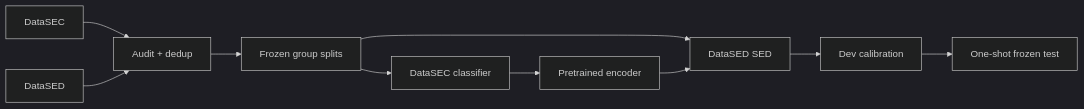
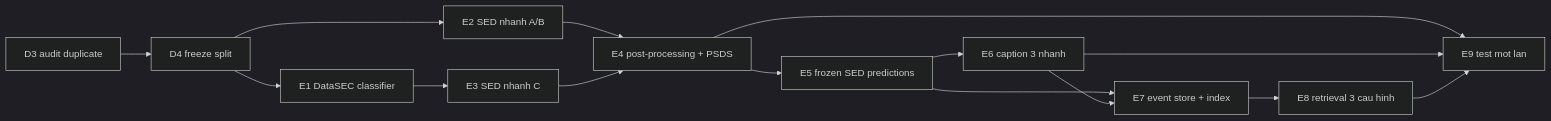
Before and after one commit to paterdubs/environmental-audio-rag: the second of 2 diagrams in docs/SYSTEM.md, drawn with Mermaid (dark theme). The commit also changed other lines of this file and 11 other files, not shown here.

````diff
--- a/docs/SYSTEM.md
+++ b/docs/SYSTEM.md
@@ -87,12 +1400,17 @@
 ```mermaid
 flowchart LR
-    DS[DataSEC] --> AUDIT[Audit + dedup]
-    DD[DataSED] --> AUDIT
-    AUDIT --> SPLIT[Frozen group splits]
-    SPLIT --> CLS[DataSEC classifier]
-    CLS --> ENC[Pretrained encoder]
-    SPLIT --> SED[DataSED SED]
-    ENC --> SED
-    SED --> CAL[Dev calibration]
-    CAL --> TEST[One-shot frozen test]
+    D3[D3 audit duplicate] --> D4[D4 freeze split]
+    D4 --> E1[E1 DataSEC classifier]
+    D4 --> E2[E2 SED nhanh A/B]
+    E1 --> E3[E3 SED nhanh C]
+    E2 --> E4[E4 post-processing + PSDS]
+    E3 --> E4
+    E4 --> E5[E5 frozen SED predictions]
+    E5 --> E6[E6 caption 3 nhanh]
+    E5 --> E7[E7 event store + index]
+    E6 --> E7
+    E7 --> E8[E8 retrieval 3 cau hinh]
+    E4 --> E9[E9 test mot lan]
+    E6 --> E9
+    E8 --> E9
 ```
````
